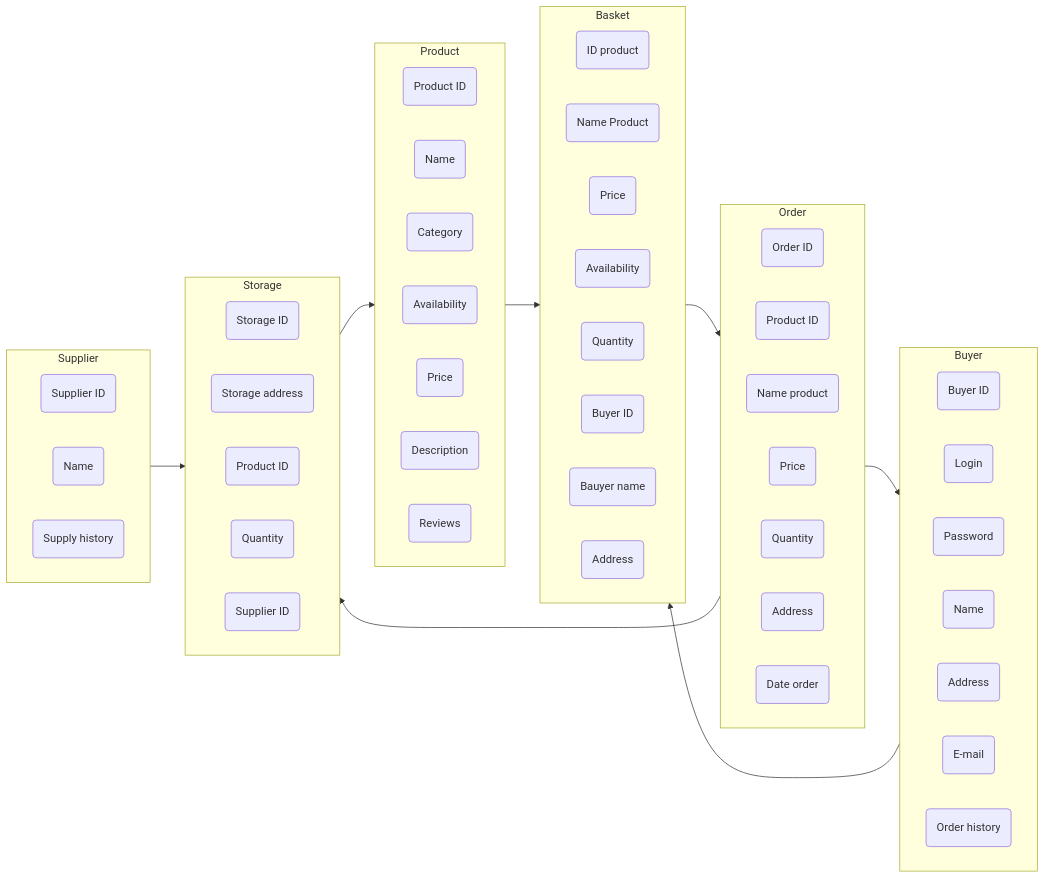
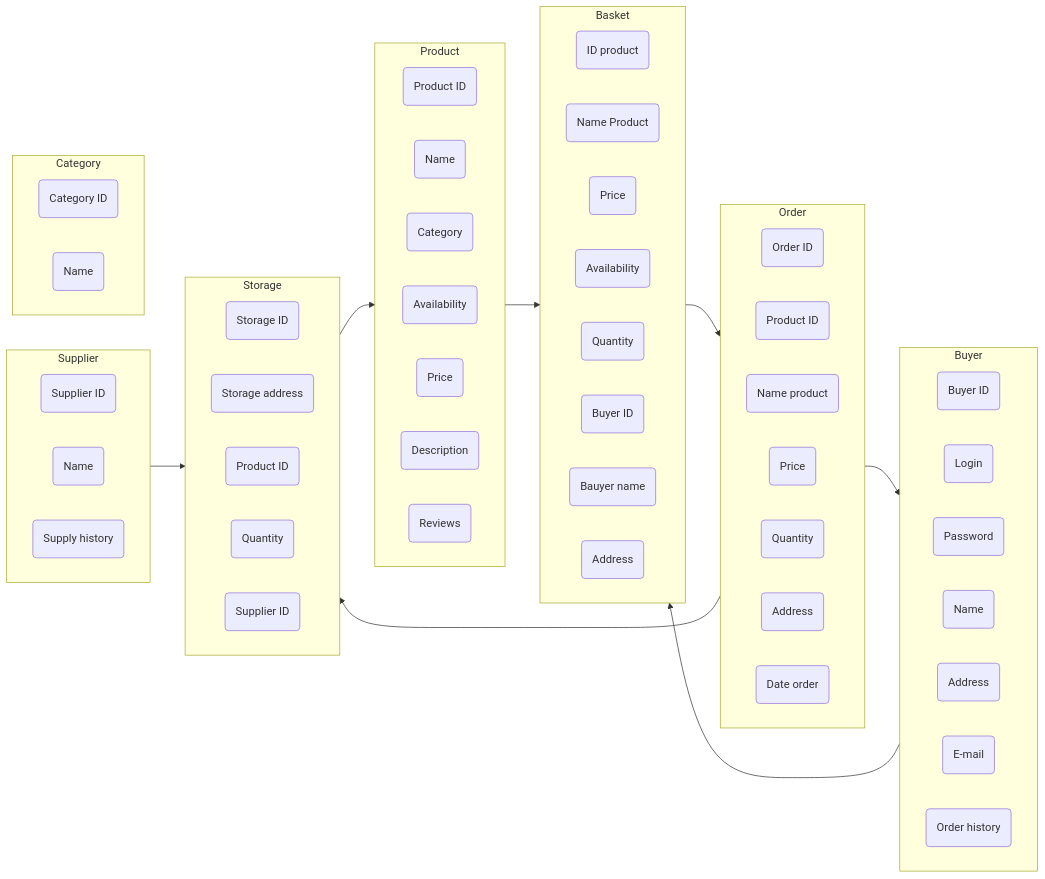
The diagram in docs/entities.md (Sparrow0v0/Shop), drawn with Mermaid before and after one commit. The commit also changed 2 other files, not shown here.

````diff
--- a/docs/entities.md
+++ b/docs/entities.md
@@ -1,72 +1,77 @@
 ```mermaid
 
 
 flowchart LR
 subgraph "Product"
 direction  LR
     1(Product ID)
     2(Name)
     3(Сategory)
     4(Availability)
     5(Price)
     6(Description)
     7(Reviews)
 end
 
 subgraph "Buyer"
 direction LR
     8(Buyer ID)
     9(Login)
     10(Password)
     11(Name)
     12(Address)
     13(E-mail)
     14(Order history)
 end
 
 subgraph "Basket"
 direction LR
     15(ID product)
     16(Name Product)
     17(Price)
     18(Availability)
     19(Quantity)
     20(Buyer ID)
     21(Bauyer name)
     22(Address)
 end
 
 subgraph "Order"
 direction LR
     23(Order ID)
     24(Product ID )
     25(Name product)
     26(Price)
     27(Quantity)
     28(Address)
     29(Date order)
 end
 
 subgraph "Storage"
 direction LR
     30(Storage ID)
     31(Storage address)
     32(Product ID)
     33(Quantity)
     34(Supplier ID)
 end
 subgraph "Supplier"
 direction LR
     35(Supplier ID)
     36(Name)
     37(Supply history)
 end
+subgraph "Сategory"
+direction LR
+    38(Category ID)
+    39(Name)
+end
 
 Product-->Basket
 Buyer-->Basket
 Order-->Buyer
 Basket-->Order
 Storage-->Product
 Supplier-->Storage
 Order-->Storage
 ```
````
